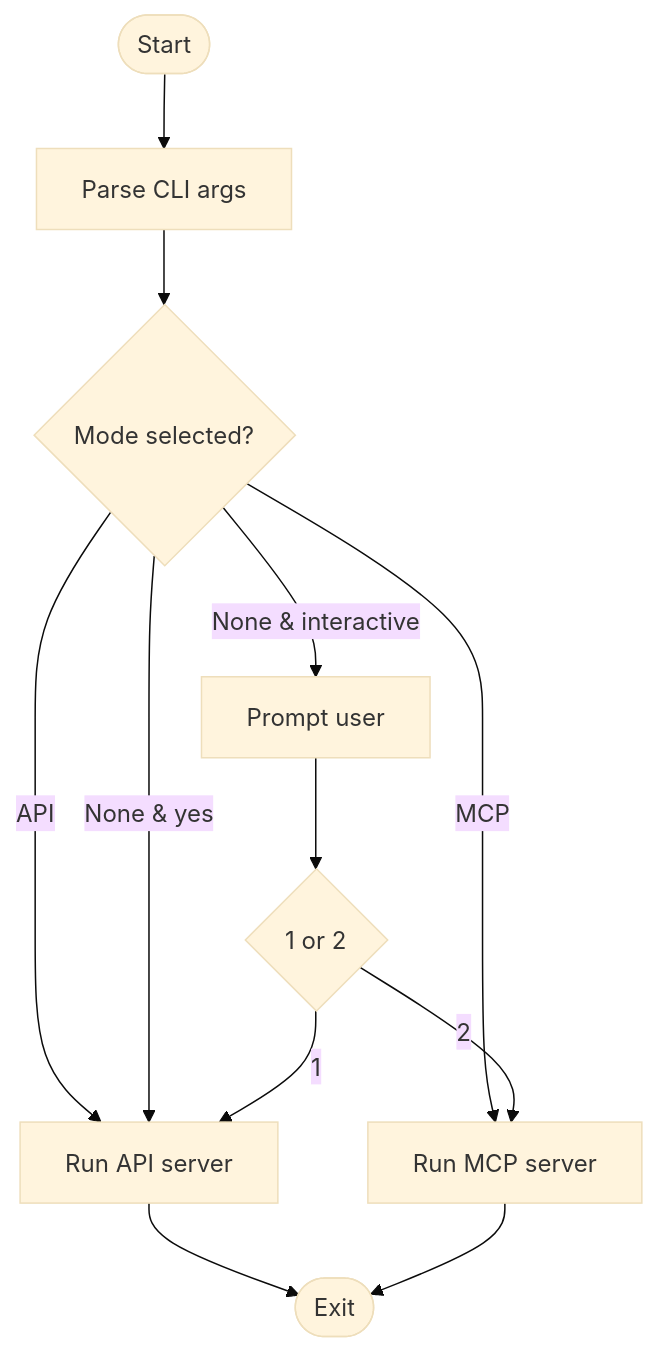
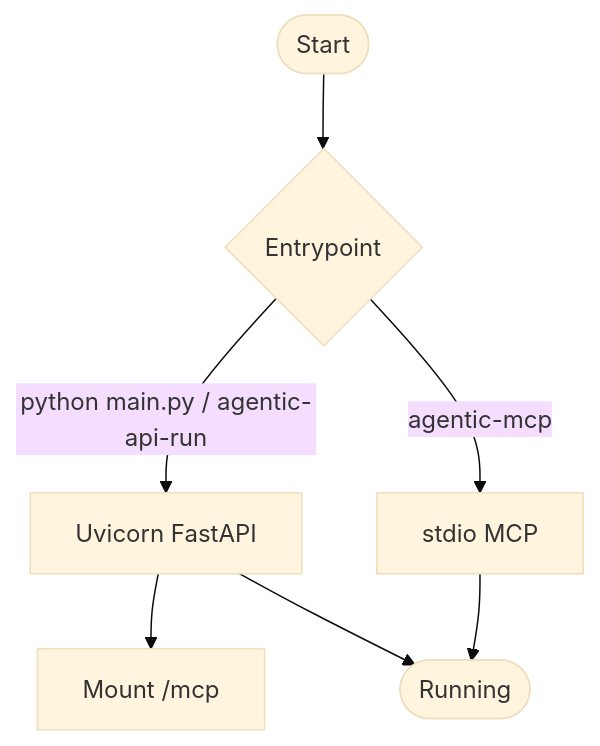
The third of 9 diagrams in src/data/docs/agentic-browser/System Architecture/System Architecture.md (tashifkhan/tashif.codes), drawn with Mermaid (base theme) before and after one commit. The commit also changed other lines of this file and 2128 other files, not shown here.

First line of the commit message:
docs: replace raster diagram images with native Mermaid across project guides

````diff
--- a/src/data/docs/agentic-browser/System Architecture/System Architecture.md
+++ b/src/data/docs/agentic-browser/System Architecture/System Architecture.md
@@ -90,14 +88,9 @@
 ```mermaid
 flowchart TD
-Start(["Start"]) --> Parse["Parse CLI args"]
-Parse --> Mode{"Mode selected?"}
-Mode --> |API| RunAPI["Run API server"]
-Mode --> |MCP| RunMCP["Run MCP server"]
-Mode --> |None & yes| RunAPI
-Mode --> |None & interactive| Prompt["Prompt user"]
-Prompt --> Choice{"1 or 2"}
-Choice --> |1| RunAPI
-Choice --> |2| RunMCP
-RunAPI --> End(["Exit"])
+Start(["Start"]) --> Choose{"Entrypoint"}
+Choose --> |python main.py / agentic-api-run| RunAPI["Uvicorn FastAPI"]
+Choose --> |agentic-mcp| RunMCP["stdio MCP"]
+RunAPI --> Mount["Mount /mcp"]
+RunAPI --> End(["Running"])
 RunMCP --> End
 ```
````
